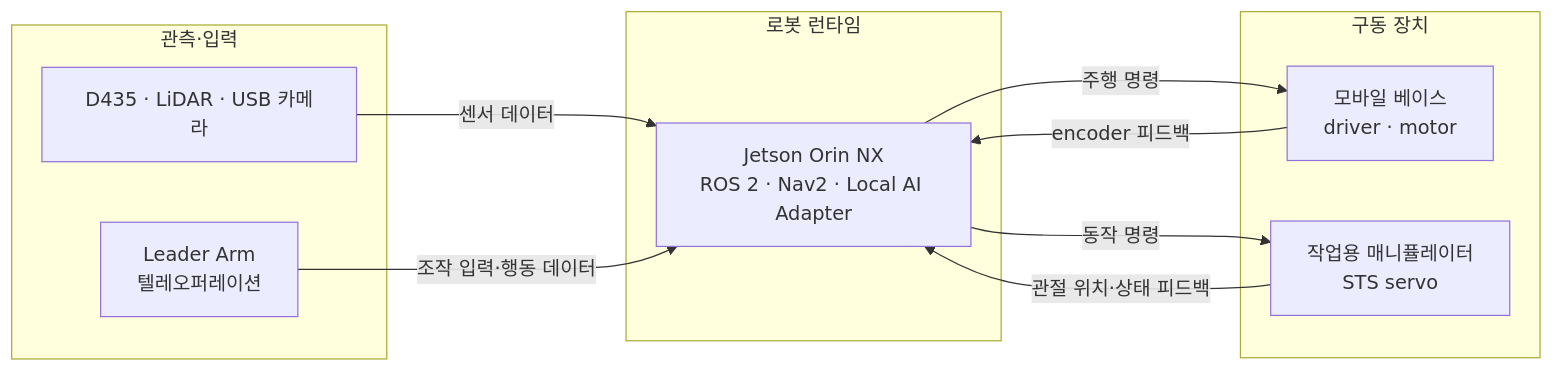
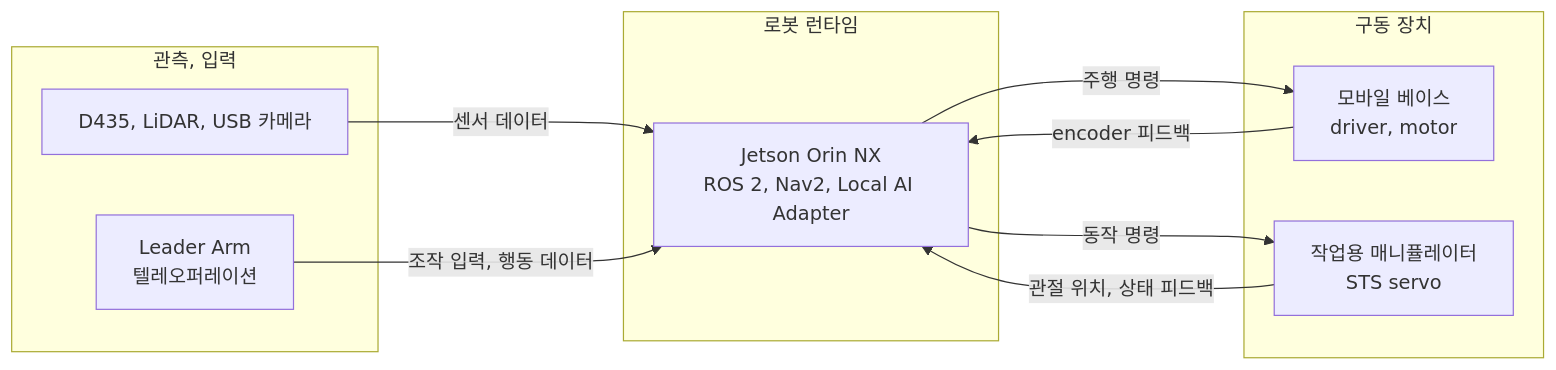
Before and after one commit to asm17-moving-agent/cleany-docs: the third of 3 diagrams in 20_TECHNICAL/12 - Hardware Configuration.md, drawn with Mermaid. The commit also changed other lines of this file and 53 other files, not shown here.

````diff
--- a/20_TECHNICAL/12 - Hardware Configuration.md
+++ b/20_TECHNICAL/12 - Hardware Configuration.md
@@ -173,23 +163,23 @@
 ```mermaid
 flowchart LR
-    subgraph inputs["관측·입력"]
-        S["D435 · LiDAR · USB 카메라"]
+    subgraph inputs["관측, 입력"]
+        S["D435, LiDAR, USB 카메라"]
         T["Leader Arm<br/>텔레오퍼레이션"]
     end
 
     subgraph runtime["로봇 런타임"]
-        J["Jetson Orin NX<br/>ROS 2 · Nav2 · Local AI Adapter"]
+        J["Jetson Orin NX<br/>ROS 2, Nav2, Local AI Adapter"]
     end
 
     subgraph actuators["구동 장치"]
-        B["모바일 베이스<br/>driver · motor"]
+        B["모바일 베이스<br/>driver, motor"]
         A["작업용 매니퓰레이터<br/>STS servo"]
     end
 
     S -->|센서 데이터| J
-    T -->|조작 입력·행동 데이터| J
+    T -->|조작 입력, 행동 데이터| J
     J -->|주행 명령| B
     B -->|encoder 피드백| J
     J -->|동작 명령| A
-    A -->|관절 위치·상태 피드백| J
+    A -->|관절 위치, 상태 피드백| J
 ```
````
